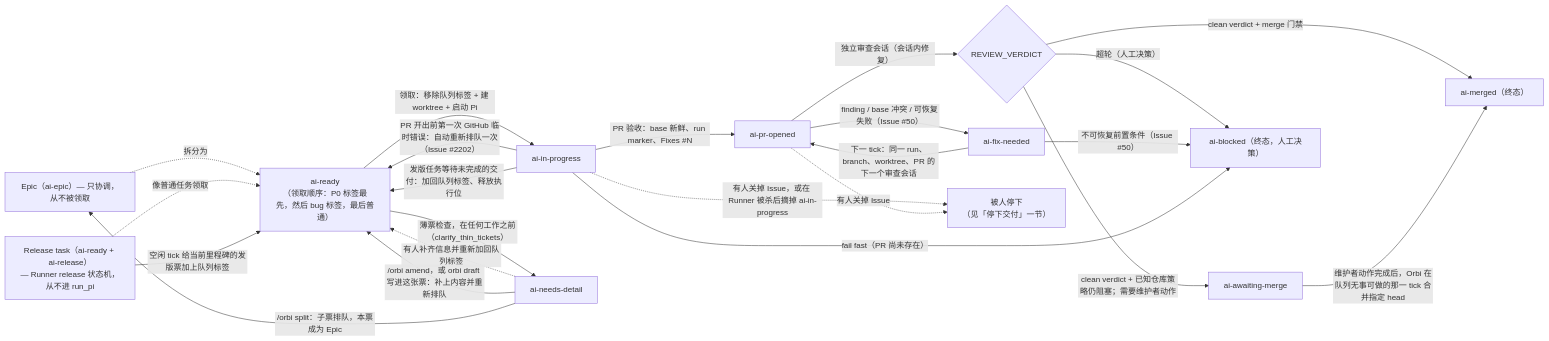
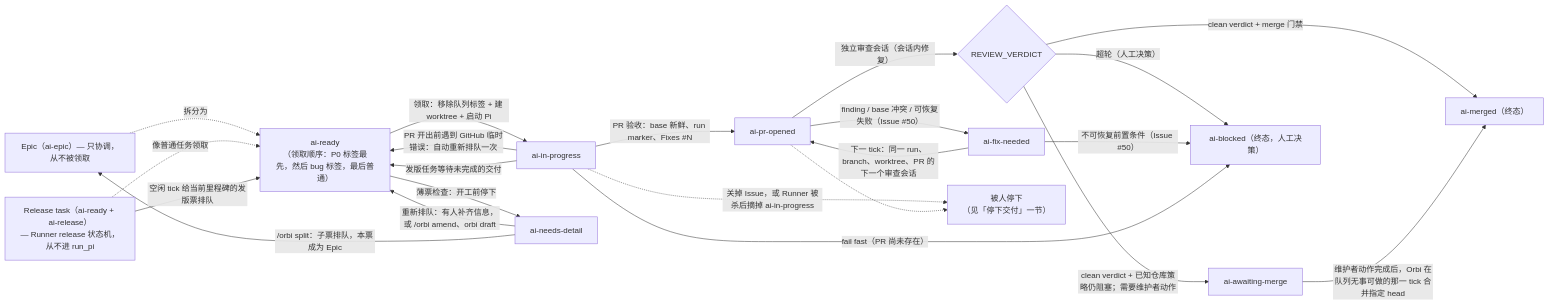
One commit to orbi-build/orbi changed the diagram in docs/zh/workflow.mdx. Above: the diagram before and after it, drawn with Mermaid. The commit also changed 1 other file, not shown here.

Commit message:
docs: shorten the new state diagram labels so they stop overlapping (#2341)

````diff
--- a/docs/zh/workflow.mdx
+++ b/docs/zh/workflow.mdx
@@ -28,28 +28,27 @@
 ```mermaid
 flowchart LR
   epic["Epic（ai-epic）— 只协调，从不被领取"]
   epic -.拆分为.-> ready
   release["Release task（ai-ready + ai-release）<br/>— Runner release 状态机，从不进 run_pi"]
   release -.像普通任务领取.-> ready
   ready["ai-ready<br/>（领取顺序：P0 标签最先，然后 bug 标签，最后普通）"]
   ready -->|领取：移除队列标签 + 建 worktree + 启动 Pi| progress["ai-in-progress"]
   progress -->|PR 验收：base 新鲜、run marker、Fixes #N| opened["ai-pr-opened"]
   opened -->|独立审查会话（会话内修复）| verdict{"REVIEW_VERDICT"}
   verdict -->|clean verdict + merge 门禁| merged["ai-merged（终态）"]
   verdict -->|clean verdict + 已知仓库策略仍阻塞；需要维护者动作| awaiting["ai-awaiting-merge"]
   awaiting -->|维护者动作完成后，Orbi 在队列无事可做的那一 tick 合并指定 head| merged
   verdict -->|超轮（人工决策）| blocked["ai-blocked（终态，人工决策）"]
   opened -->|finding / base 冲突 / 可恢复失败（Issue #50）| fixneeded["ai-fix-needed"]
   fixneeded -->|下一 tick：同一 run、branch、worktree、PR 的下一个审查会话| opened
   fixneeded -->|不可恢复前置条件（Issue #50）| blocked
   progress -->|fail fast（PR 尚未存在）| blocked
-  ready -->|薄票检查，在任何工作之前（clarify_thin_tickets）| needsdetail["ai-needs-detail"]
-  needsdetail -.->|有人补齐信息并重新加回队列标签| ready
-  needsdetail -->|/orbi amend，或 orbi draft 写进这张票：补上内容并重新排队| ready
+  ready -->|薄票检查：开工前停下| needsdetail["ai-needs-detail"]
+  needsdetail -->|重新排队：有人补齐信息，或 /orbi amend、orbi draft| ready
   needsdetail -->|/orbi split：子票排队，本票成为 Epic| epic
-  release -->|空闲 tick 给当前里程碑的发版票加上队列标签| ready
-  progress -->|PR 开出前第一次 GitHub 临时错误：自动重新排队一次（Issue #2202）| ready
-  progress -->|发版任务等待未完成的交付：加回队列标签、释放执行位| ready
-  progress -.->|有人关掉 Issue，或在 Runner 被杀后摘掉 ai-in-progress| stopped["被人停下<br/>（见「停下交付」一节）"]
-  opened -.->|有人关掉 Issue| stopped
+  progress -->|PR 开出前遇到 GitHub 临时错误：自动重新排队一次| ready
+  progress -->|发版任务等待未完成的交付| ready
+  progress -.->|关掉 Issue，或 Runner 被杀后摘掉 ai-in-progress| stopped["被人停下<br/>（见「停下交付」一节）"]
+  opened -.-> stopped
+  release -->|空闲 tick 给当前里程碑的发版票排队| ready
 ```
````
